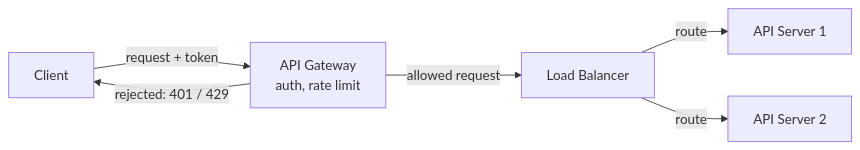
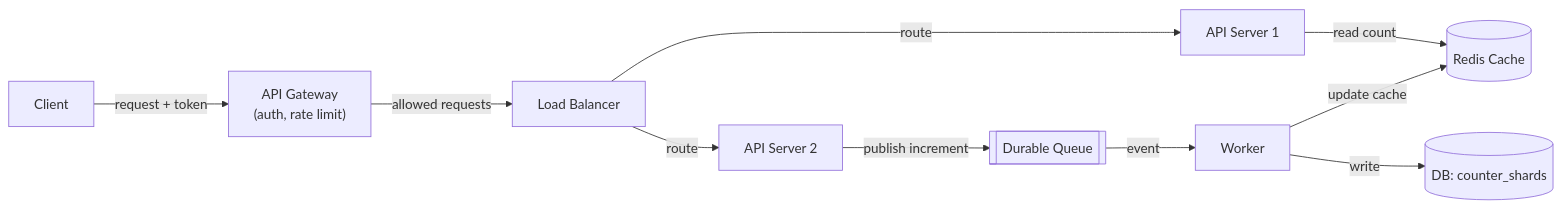
One commit to aaryan-pradhan/core-cs-fundamentals changed the diagram in hld/06-gateway-observability-maintainability.md. Above: the diagram before and after it, drawn with Mermaid. The commit also changed other lines of this file, not shown here.

````diff
--- a/hld/06-gateway-observability-maintainability.md
+++ b/hld/06-gateway-observability-maintainability.md
@@ -9,8 +29,12 @@
 ```mermaid
 flowchart LR
-    C["Client"] -->|"request + token"| G["API Gateway<br/>auth, rate limit"]
-    G -->|"rejected: 401 / 429"| C
-    G -->|"allowed request"| LB["Load Balancer"]
+    C["Client"] -->|"request + token"| G["API Gateway<br/>(auth, rate limit)"]
+    G -->|"allowed requests"| LB["Load Balancer"]
     LB -->|"route"| S1["API Server 1"]
     LB -->|"route"| S2["API Server 2"]
+    S1 -->|"read count"| R[("Redis Cache")]
+    S2 -->|"publish increment"| Q[["Durable Queue"]]
+    Q -->|"event"| W["Worker"]
+    W -->|"write"| D[("DB: counter_shards")]
+    W -->|"update cache"| R
 ```
````
